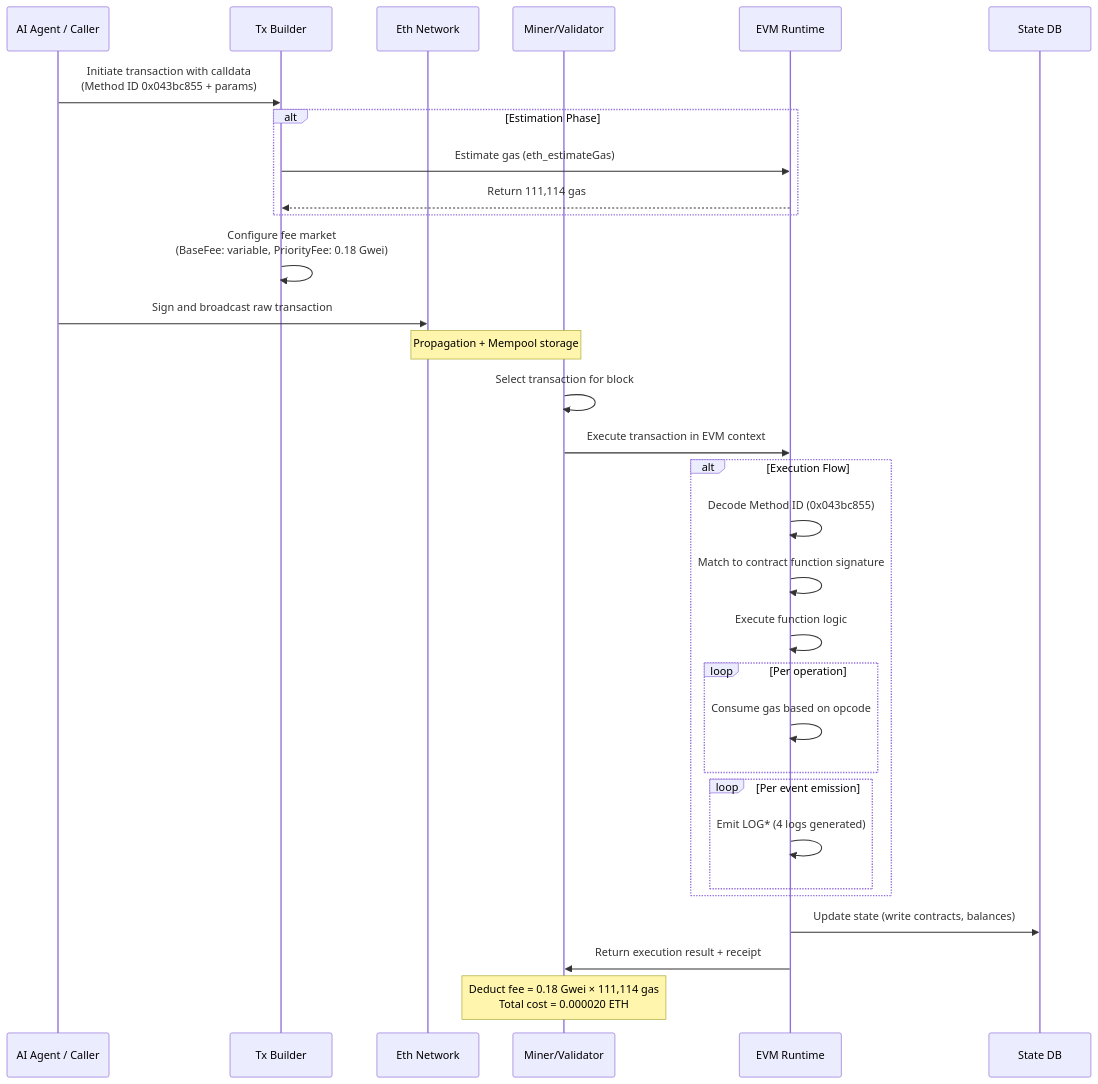
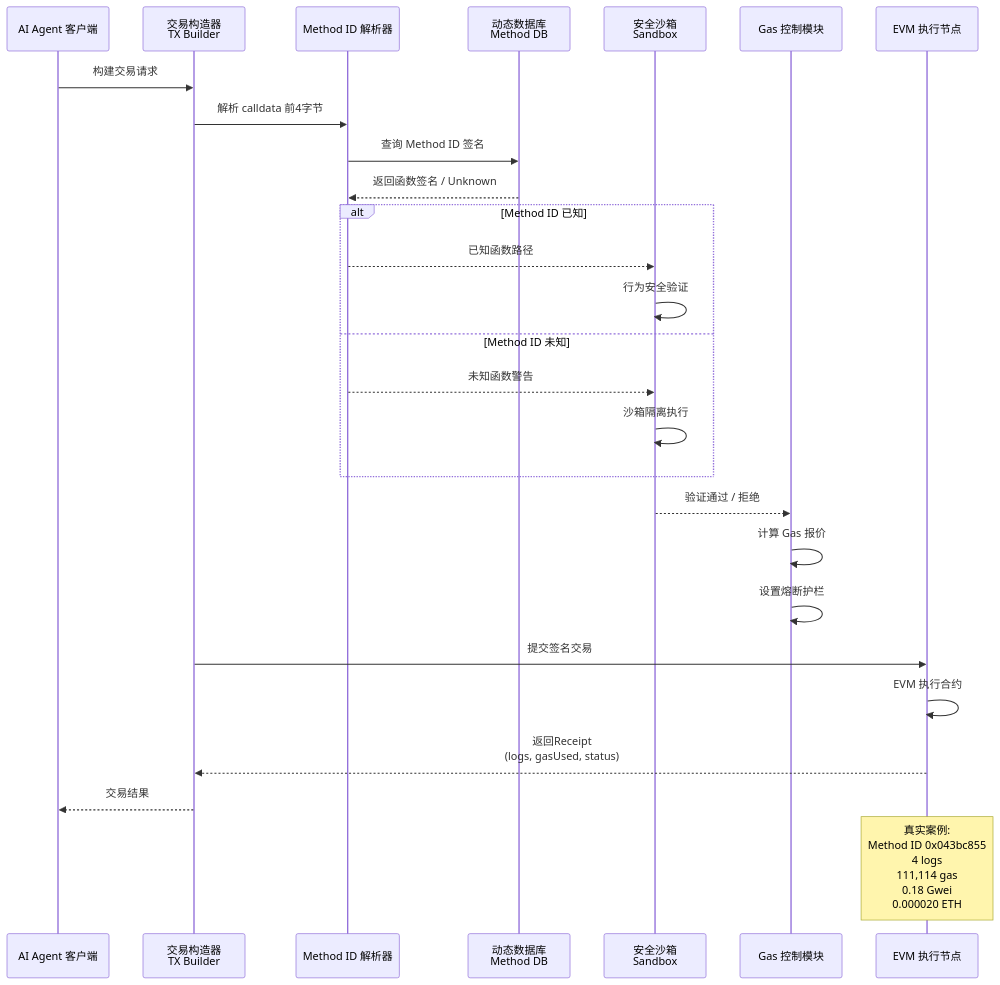
Diagram 14 of 15 in notes/Minami-Bein.md (IntensiveCoLearning/AI-Web3-School), drawn with Mermaid before and after one commit. The commit also changed other lines of this file, not shown here.

````diff
--- a/notes/Minami-Bein.md
+++ b/notes/Minami-Bein.md
@@ -1365,43 +1646,34 @@
 ```mermaid
 sequenceDiagram
-    participant Caller as AI Agent / Caller
-    participant Builder as Tx Builder
-    participant Network as Eth Network
-    participant Validator as Miner/Validator
-    participant EVM as EVM Runtime
-    participant State as State DB
+    participant Client as AI Agent 客户端
+    participant TX as 交易构造器<br/>TX Builder
+    participant MD as Method ID 解析器
+    participant DB as 动态数据库<br/>Method DB
+    participant SB as 安全沙箱<br/>Sandbox
+    participant GC as Gas 控制模块
+    participant EN as EVM 执行节点
+
+    Client->>TX: 构建交易请求
+    TX->>MD: 解析 calldata 前4字节
+    MD->>DB: 查询 Method ID 签名
+    DB-->>MD: 返回函数签名 / Unknown
     
-    Caller->>Builder: Initiate transaction with calldata<br/>(Method ID 0x043bc855 + params)
-    
-    alt Estimation Phase
-        Builder->>EVM: Estimate gas (eth_estimateGas)
-        EVM-->>Builder: Return 111,114 gas
+    alt Method ID 已知
+        MD-->>SB: 已知函数路径
+        SB->>SB: 行为安全验证
+    else Method ID 未知
+        MD-->>SB: 未知函数警告
+        SB->>SB: 沙箱隔离执行
     end
     
-    Builder->>Builder: Configure fee market<br/>(BaseFee: variable, PriorityFee: 0.18 Gwei)
+    SB-->>GC: 验证通过 / 拒绝
+    GC->>GC: 计算 Gas 报价
+    GC->>GC: 设置熔断护栏
     
-    Caller->>Network: Sign and broadcast raw transaction
-    
-    Note over Network,Validator: Propagation + Mempool storage
-    
-    Validator->>Validator: Select transaction for block
-    
-    Validator->>EVM: Execute transaction in EVM context
-    
-    alt Execution Flow
-        EVM->>EVM: Decode Method ID (0x043bc855)
-        EVM->>EVM: Match to contract function signature
-        EVM->>EVM: Execute function logic
-        loop Per operation
-            EVM->>EVM: Consume gas based on opcode
-        end
-        loop Per event emission
-            EVM->>EVM: Emit LOG* (4 logs generated)
-        end
-    end
-    
-    EVM->>State: Update state (write contracts, balances)
-    EVM->>Validator: Return execution result + receipt
-    
-    Note over Validator: Deduct fee = 0.18 Gwei × 111,114 gas<br/>Total cost = 0.000020 ETH
+    TX->>EN: 提交签名交易
+    EN->>EN: EVM 执行合约
+    EN-->>TX: 返回Receipt<br/>(logs, gasUsed, status)
+    TX-->>Client: 交易结果
+
+    Note over EN: 真实案例:<br/>Method ID 0x043bc855<br/>4 logs<br/>111,114 gas<br/>0.18 Gwei<br/>0.000020 ETH
 ```
````
